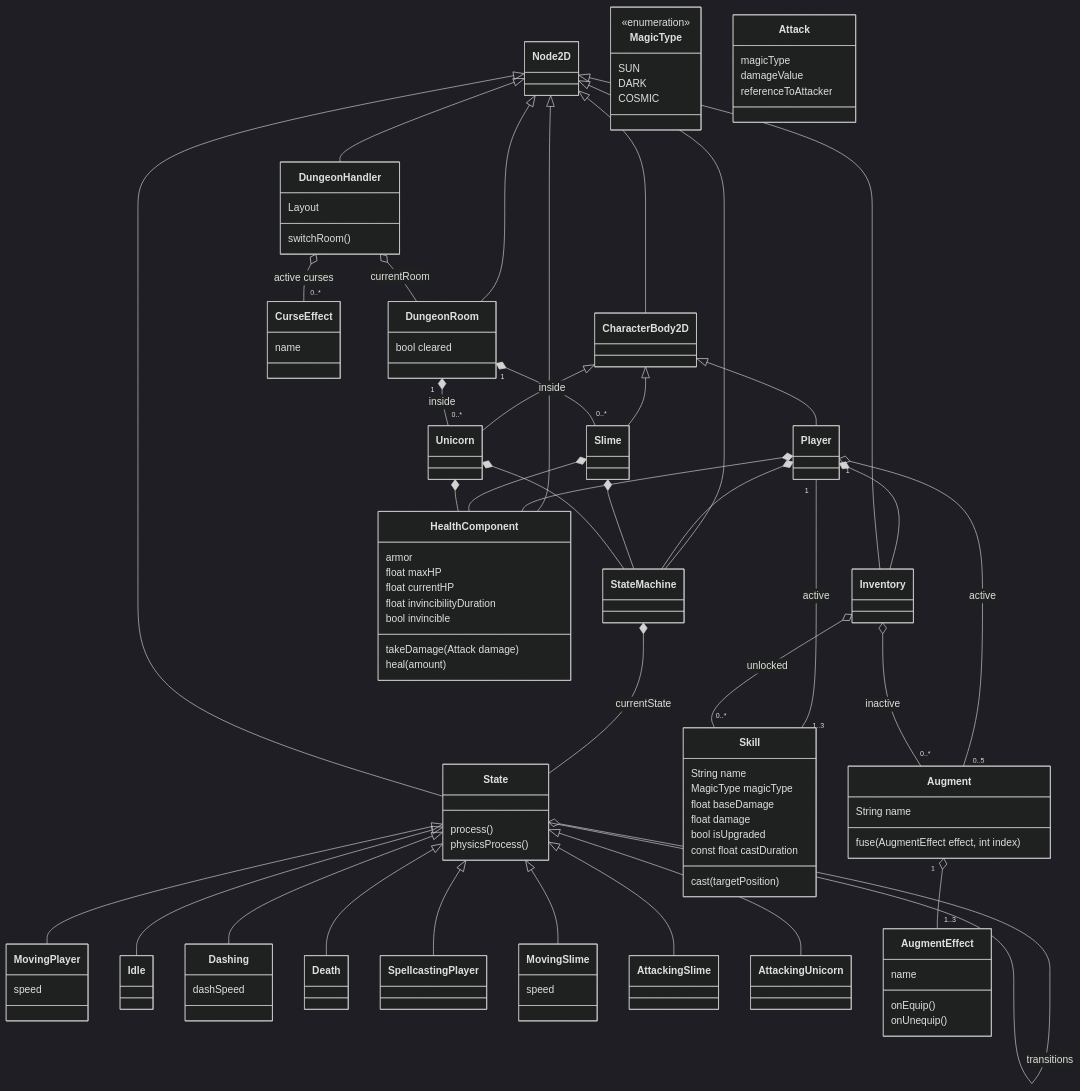
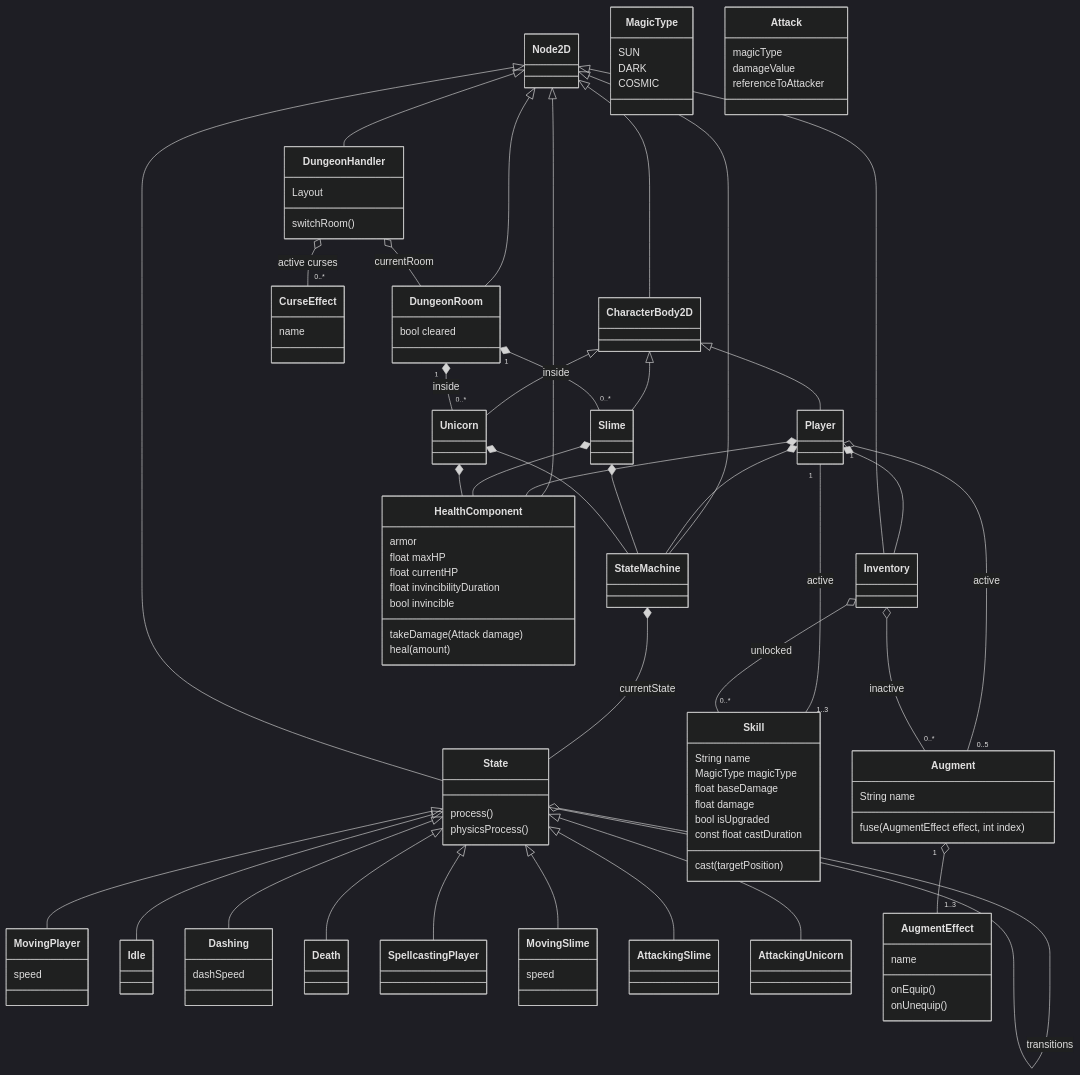
Before and after one commit to IntegrierBar/FPComputerGames: the second of 5 diagrams in RequirementsAnalysis.md, drawn with Mermaid (dark theme). The commit also changed other lines of this file and 1 other file, not shown here.

Commit message:
Fixed bugs in Mermaid and created PDF

````diff
--- a/RequirementsAnalysis.md
+++ b/RequirementsAnalysis.md
@@ -868,73 +868,44 @@
 ```mermaid
 classDiagram
-    direction TB
-
     Node2D <|-- CharacterBody2D
-
     class MagicType {
-        <<enumeration>>
         SUN
         DARK
         COSMIC
     }
-
     class Attack {
         magicType
         damageValue
         referenceToAttacker
     }
     %%note for Attack "used to send damage data to HealthComponent"
-
-    class StateMachine {
-
-    }
+    class StateMachine
     Node2D <|-- StateMachine
     StateMachine *-- State : currentState
-
-
     class State {
         process()
         physicsProcess()
     }
     Node2D <|-- State
     State o-- State : transitions
-
     class MovingPlayer {
         speed
     }
     State <|-- MovingPlayer
-
-    class Idle {
-    }
     State <|-- Idle
-
     class Dashing {
         dashSpeed
     }
     State <|-- Dashing
-
-    class Death {
-    }
     State <|-- Death
-
-    class SpellcastingPlayer {
-    }
     State <|-- SpellcastingPlayer
     %%SpellcastingPlayer o-- "3" Skill
-
     class MovingSlime {
         speed
     }
     State <|-- MovingSlime
-
-    class AttackingSlime {
-    }
     State <|-- AttackingSlime
-
-    class AttackingUnicorn {
-    }
     State <|-- AttackingUnicorn
-
     class HealthComponent {
         armor
         float maxHP
@@ -945,16 +916,12 @@
         heal(amount)
     }
     Node2D <|-- HealthComponent
-
-    class Player {
-    }
     CharacterBody2D <|-- Player
     Player "1" -- "1..3" Skill : active
     Player "1" o-- "0..5" Augment : active
     Player *-- StateMachine
     Player *-- HealthComponent
     Player *-- Inventory
-    
     class Skill {
         String name
         MagicType magicType
@@ -964,44 +931,31 @@
         const float castDuration
         cast(targetPosition)
     }
-
     class Augment {
         String name
         fuse(AugmentEffect effect, int index)
     }
-
     class AugmentEffect {
         name
         onEquip()
         onUnequip()
     }
     Augment "1" o-- "1..3" AugmentEffect
-
     class CurseEffect {
         name
-    }
-
-    class Slime {
-
     }
     CharacterBody2D <|-- Slime
     Slime *-- StateMachine
     Slime *-- HealthComponent
-
-    class Unicorn {
-
-    }
     CharacterBody2D <|-- Unicorn
     Unicorn *-- StateMachine
     Unicorn *-- HealthComponent
-
     class DungeonRoom {
         bool cleared
     }
     Node2D <|-- DungeonRoom
     DungeonRoom "1" *-- "0..*" Slime : inside
     DungeonRoom "1" *-- "0..*" Unicorn : inside
-    
     class DungeonHandler {
         Layout
         switchRoom()
@@ -1009,10 +963,6 @@
     Node2D <|-- DungeonHandler
     DungeonHandler o-- DungeonRoom : currentRoom
     DungeonHandler o-- "0..*" CurseEffect : active curses
-
-    class Inventory {
-
-    }
     Node2D <|-- Inventory
     Inventory o-- "0..*" Augment : inactive
     Inventory o-- "0..*" Skill : unlocked
````
